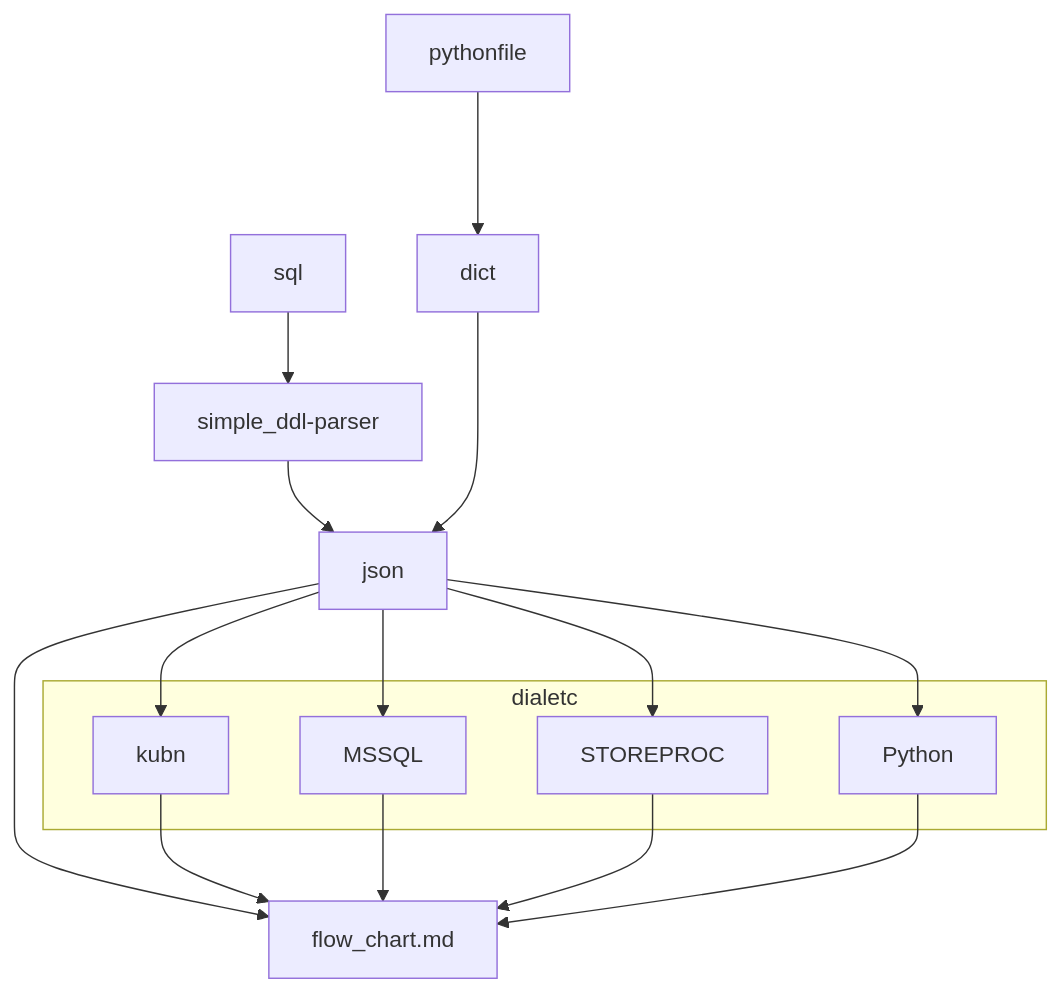
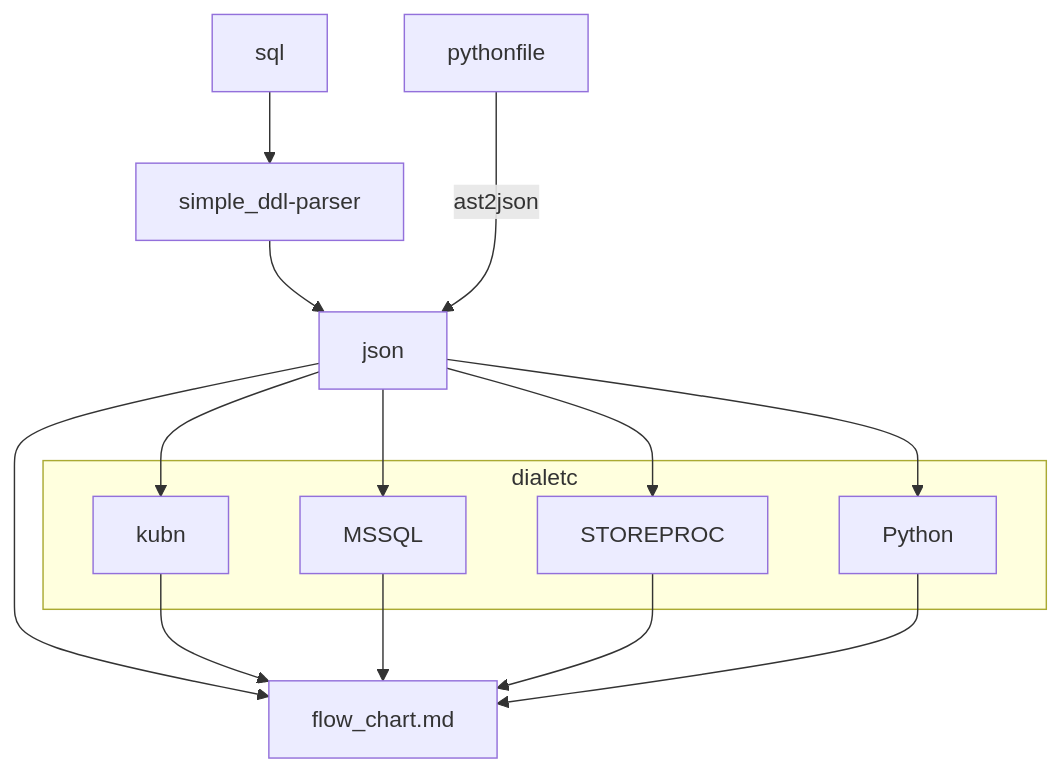
One commit to hung135/mermaid-map changed the diagram in todo.md. Above: the diagram before and after it, drawn with Mermaid.

````diff
--- a/todo.md
+++ b/todo.md
@@ -1,20 +1,20 @@
 ```mermaid
 graph TD
     subgraph dialetc
      kubn
      MSSQL
      STOREPROC
      Python
     end
      
 
 json-->flow_chart.md
 sql-->simple_ddl-parser-->json 
     json-->kubn-->flow_chart.md
     json-->MSSQL-->flow_chart.md
     json-->STOREPROC-->flow_chart.md
     json-->Python-->flow_chart.md
-    pythonfile--->dict--->json
+    pythonfile--->|ast2json|json
  
 
 ```
````
